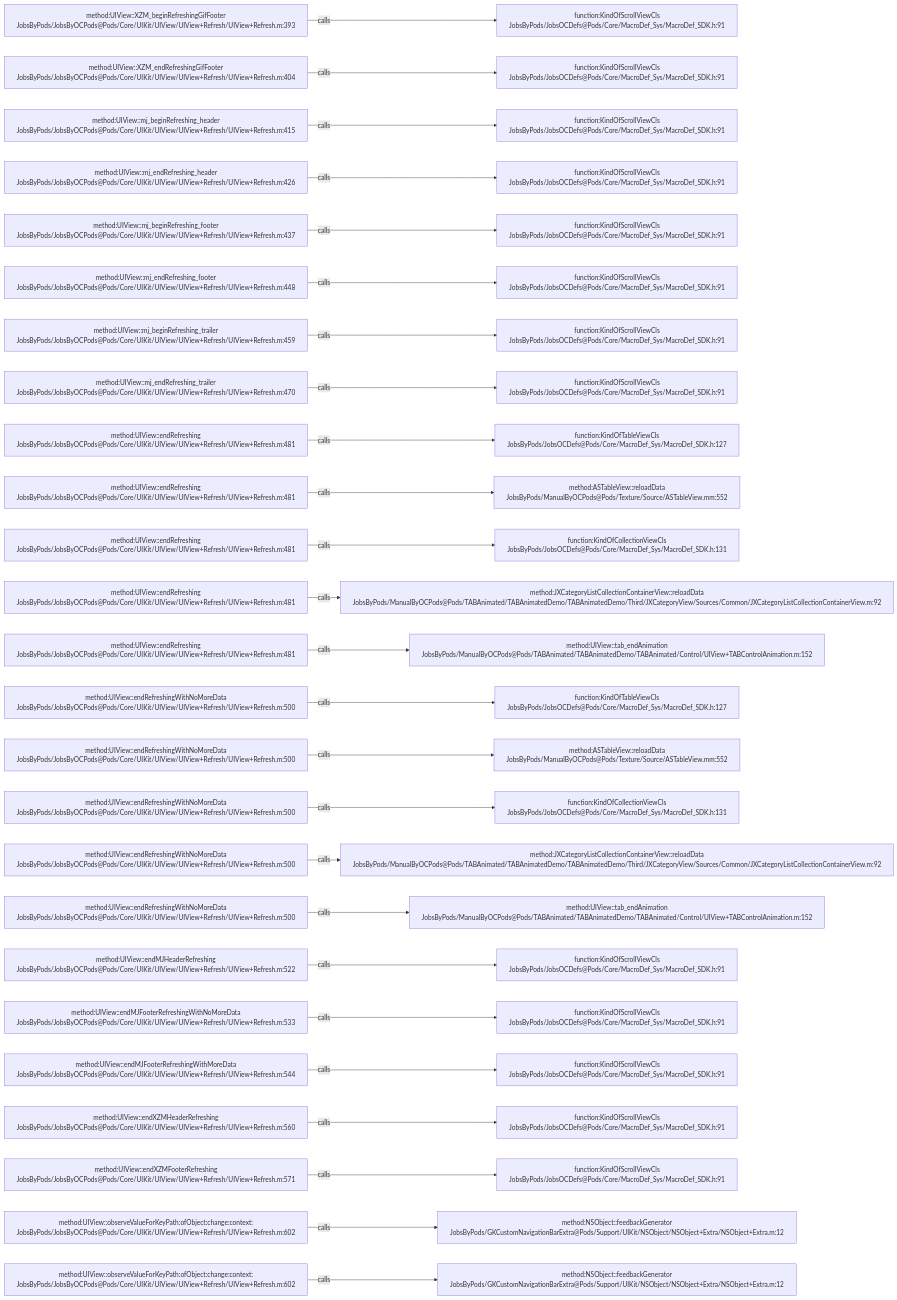
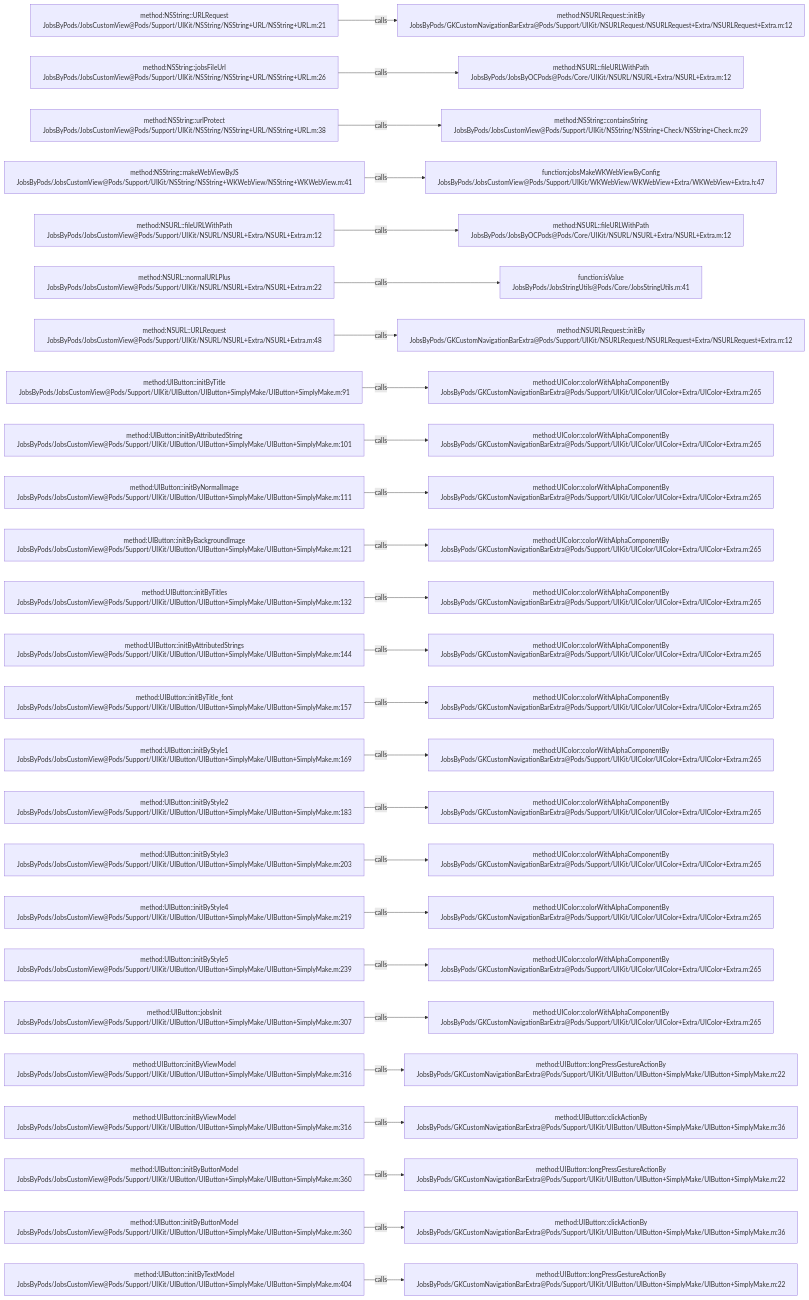
Before and after one commit to JobsKits/JobsOCBaseConfigDemo: the diagram in .codegraph/codegraph.md/graphs/calls-088.md, drawn with Mermaid. The commit also changed 1026 other files, not shown here.

````diff
--- a/.codegraph/codegraph.md/graphs/calls-088.md
+++ b/.codegraph/codegraph.md/graphs/calls-088.md
@@ -13,78 +13,78 @@
 ```mermaid
 flowchart LR
-  S1["method:UIView::XZM_beginRefreshingGifFooter<br/>JobsByPods/JobsByOCPods@Pods/Core/UIKit/UIView/UIView+Refresh/UIView+Refresh.m:393"]
-  T1["function:KindOfScrollViewCls<br/>JobsByPods/JobsOCDefs@Pods/Core/MacroDef_Sys/MacroDef_SDK.h:91"]
+  S1["method:NSString::URLRequest<br/>JobsByPods/JobsCustomView@Pods/Support/UIKit/NSString/NSString+URL/NSString+URL.m:21"]
+  T1["method:NSURLRequest::initBy<br/>JobsByPods/GKCustomNavigationBarExtra@Pods/Support/UIKit/NSURLRequest/NSURLRequest+Extra/NSURLRequest+Extra.m:12"]
   S1 -->|calls| T1
-  S2["method:UIView::XZM_endRefreshingGifFooter<br/>JobsByPods/JobsByOCPods@Pods/Core/UIKit/UIView/UIView+Refresh/UIView+Refresh.m:404"]
-  T2["function:KindOfScrollViewCls<br/>JobsByPods/JobsOCDefs@Pods/Core/MacroDef_Sys/MacroDef_SDK.h:91"]
+  S2["method:NSString::jobsFileUrl<br/>JobsByPods/JobsCustomView@Pods/Support/UIKit/NSString/NSString+URL/NSString+URL.m:26"]
+  T2["method:NSURL::fileURLWithPath<br/>JobsByPods/JobsByOCPods@Pods/Core/UIKit/NSURL/NSURL+Extra/NSURL+Extra.m:12"]
   S2 -->|calls| T2
-  S3["method:UIView::mj_beginRefreshing_header<br/>JobsByPods/JobsByOCPods@Pods/Core/UIKit/UIView/UIView+Refresh/UIView+Refresh.m:415"]
-  T3["function:KindOfScrollViewCls<br/>JobsByPods/JobsOCDefs@Pods/Core/MacroDef_Sys/MacroDef_SDK.h:91"]
+  S3["method:NSString::urlProtect<br/>JobsByPods/JobsCustomView@Pods/Support/UIKit/NSString/NSString+URL/NSString+URL.m:38"]
+  T3["method:NSString::containsString<br/>JobsByPods/JobsCustomView@Pods/Support/UIKit/NSString/NSString+Check/NSString+Check.m:29"]
   S3 -->|calls| T3
-  S4["method:UIView::mj_endRefreshing_header<br/>JobsByPods/JobsByOCPods@Pods/Core/UIKit/UIView/UIView+Refresh/UIView+Refresh.m:426"]
-  T4["function:KindOfScrollViewCls<br/>JobsByPods/JobsOCDefs@Pods/Core/MacroDef_Sys/MacroDef_SDK.h:91"]
+  S4["method:NSString::makeWebViewByJS<br/>JobsByPods/JobsCustomView@Pods/Support/UIKit/NSString/NSString+WKWebView/NSString+WKWebView.m:41"]
+  T4["function:jobsMakeWKWebViewByConfig<br/>JobsByPods/JobsCustomView@Pods/Support/UIKit/WKWebView/WKWebView+Extra/WKWebView+Extra.h:47"]
   S4 -->|calls| T4
-  S5["method:UIView::mj_beginRefreshing_footer<br/>JobsByPods/JobsByOCPods@Pods/Core/UIKit/UIView/UIView+Refresh/UIView+Refresh.m:437"]
-  T5["function:KindOfScrollViewCls<br/>JobsByPods/JobsOCDefs@Pods/Core/MacroDef_Sys/MacroDef_SDK.h:91"]
+  S5["method:NSURL::fileURLWithPath<br/>JobsByPods/JobsCustomView@Pods/Support/UIKit/NSURL/NSURL+Extra/NSURL+Extra.m:12"]
+  T5["method:NSURL::fileURLWithPath<br/>JobsByPods/JobsByOCPods@Pods/Core/UIKit/NSURL/NSURL+Extra/NSURL+Extra.m:12"]
   S5 -->|calls| T5
-  S6["method:UIView::mj_endRefreshing_footer<br/>JobsByPods/JobsByOCPods@Pods/Core/UIKit/UIView/UIView+Refresh/UIView+Refresh.m:448"]
-  T6["function:KindOfScrollViewCls<br/>JobsByPods/JobsOCDefs@Pods/Core/MacroDef_Sys/MacroDef_SDK.h:91"]
+  S6["method:NSURL::normalURLPlus<br/>JobsByPods/JobsCustomView@Pods/Support/UIKit/NSURL/NSURL+Extra/NSURL+Extra.m:22"]
+  T6["function:isValue<br/>JobsByPods/JobsStringUtils@Pods/Core/JobsStringUtils.m:41"]
   S6 -->|calls| T6
-  S7["method:UIView::mj_beginRefreshing_trailer<br/>JobsByPods/JobsByOCPods@Pods/Core/UIKit/UIView/UIView+Refresh/UIView+Refresh.m:459"]
-  T7["function:KindOfScrollViewCls<br/>JobsByPods/JobsOCDefs@Pods/Core/MacroDef_Sys/MacroDef_SDK.h:91"]
+  S7["method:NSURL::URLRequest<br/>JobsByPods/JobsCustomView@Pods/Support/UIKit/NSURL/NSURL+Extra/NSURL+Extra.m:48"]
+  T7["method:NSURLRequest::initBy<br/>JobsByPods/GKCustomNavigationBarExtra@Pods/Support/UIKit/NSURLRequest/NSURLRequest+Extra/NSURLRequest+Extra.m:12"]
   S7 -->|calls| T7
-  S8["method:UIView::mj_endRefreshing_trailer<br/>JobsByPods/JobsByOCPods@Pods/Core/UIKit/UIView/UIView+Refresh/UIView+Refresh.m:470"]
-  T8["function:KindOfScrollViewCls<br/>JobsByPods/JobsOCDefs@Pods/Core/MacroDef_Sys/MacroDef_SDK.h:91"]
+  S8["method:UIButton::initByTitle<br/>JobsByPods/JobsCustomView@Pods/Support/UIKit/UIButton/UIButton+SimplyMake/UIButton+SimplyMake.m:91"]
+  T8["method:UIColor::colorWithAlphaComponentBy<br/>JobsByPods/GKCustomNavigationBarExtra@Pods/Support/UIKit/UIColor/UIColor+Extra/UIColor+Extra.m:265"]
   S8 -->|calls| T8
-  S9["method:UIView::endRefreshing<br/>JobsByPods/JobsByOCPods@Pods/Core/UIKit/UIView/UIView+Refresh/UIView+Refresh.m:481"]
-  T9["function:KindOfTableViewCls<br/>JobsByPods/JobsOCDefs@Pods/Core/MacroDef_Sys/MacroDef_SDK.h:127"]
+  S9["method:UIButton::initByAttributedString<br/>JobsByPods/JobsCustomView@Pods/Support/UIKit/UIButton/UIButton+SimplyMake/UIButton+SimplyMake.m:101"]
+  T9["method:UIColor::colorWithAlphaComponentBy<br/>JobsByPods/GKCustomNavigationBarExtra@Pods/Support/UIKit/UIColor/UIColor+Extra/UIColor+Extra.m:265"]
   S9 -->|calls| T9
-  S10["method:UIView::endRefreshing<br/>JobsByPods/JobsByOCPods@Pods/Core/UIKit/UIView/UIView+Refresh/UIView+Refresh.m:481"]
-  T10["method:ASTableView::reloadData<br/>JobsByPods/ManualByOCPods@Pods/Texture/Source/ASTableView.mm:552"]
+  S10["method:UIButton::initByNormalImage<br/>JobsByPods/JobsCustomView@Pods/Support/UIKit/UIButton/UIButton+SimplyMake/UIButton+SimplyMake.m:111"]
+  T10["method:UIColor::colorWithAlphaComponentBy<br/>JobsByPods/GKCustomNavigationBarExtra@Pods/Support/UIKit/UIColor/UIColor+Extra/UIColor+Extra.m:265"]
   S10 -->|calls| T10
-  S11["method:UIView::endRefreshing<br/>JobsByPods/JobsByOCPods@Pods/Core/UIKit/UIView/UIView+Refresh/UIView+Refresh.m:481"]
-  T11["function:KindOfCollectionViewCls<br/>JobsByPods/JobsOCDefs@Pods/Core/MacroDef_Sys/MacroDef_SDK.h:131"]
+  S11["method:UIButton::initByBackgroundImage<br/>JobsByPods/JobsCustomView@Pods/Support/UIKit/UIButton/UIButton+SimplyMake/UIButton+SimplyMake.m:121"]
+  T11["method:UIColor::colorWithAlphaComponentBy<br/>JobsByPods/GKCustomNavigationBarExtra@Pods/Support/UIKit/UIColor/UIColor+Extra/UIColor+Extra.m:265"]
   S11 -->|calls| T11
-  S12["method:UIView::endRefreshing<br/>JobsByPods/JobsByOCPods@Pods/Core/UIKit/UIView/UIView+Refresh/UIView+Refresh.m:481"]
-  T12["method:JXCategoryListCollectionContainerView::reloadData<br/>JobsByPods/ManualByOCPods@Pods/TABAnimated/TABAnimatedDemo/TABAnimatedDemo/Third/JXCategoryView/Sources/Common/JXCategoryListCollectionContainerView.m:92"]
+  S12["method:UIButton::initByTitles<br/>JobsByPods/JobsCustomView@Pods/Support/UIKit/UIButton/UIButton+SimplyMake/UIButton+SimplyMake.m:132"]
+  T12["method:UIColor::colorWithAlphaComponentBy<br/>JobsByPods/GKCustomNavigationBarExtra@Pods/Support/UIKit/UIColor/UIColor+Extra/UIColor+Extra.m:265"]
   S12 -->|calls| T12
-  S13["method:UIView::endRefreshing<br/>JobsByPods/JobsByOCPods@Pods/Core/UIKit/UIView/UIView+Refresh/UIView+Refresh.m:481"]
-  T13["method:UIView::tab_endAnimation<br/>JobsByPods/ManualByOCPods@Pods/TABAnimated/TABAnimatedDemo/TABAnimated/Control/UIView+TABControlAnimation.m:152"]
+  S13["method:UIButton::initByAttributedStrings<br/>JobsByPods/JobsCustomView@Pods/Support/UIKit/UIButton/UIButton+SimplyMake/UIButton+SimplyMake.m:144"]
+  T13["method:UIColor::colorWithAlphaComponentBy<br/>JobsByPods/GKCustomNavigationBarExtra@Pods/Support/UIKit/UIColor/UIColor+Extra/UIColor+Extra.m:265"]
   S13 -->|calls| T13
-  S14["method:UIView::endRefreshingWithNoMoreData<br/>JobsByPods/JobsByOCPods@Pods/Core/UIKit/UIView/UIView+Refresh/UIView+Refresh.m:500"]
-  T14["function:KindOfTableViewCls<br/>JobsByPods/JobsOCDefs@Pods/Core/MacroDef_Sys/MacroDef_SDK.h:127"]
+  S14["method:UIButton::initByTitle_font<br/>JobsByPods/JobsCustomView@Pods/Support/UIKit/UIButton/UIButton+SimplyMake/UIButton+SimplyMake.m:157"]
+  T14["method:UIColor::colorWithAlphaComponentBy<br/>JobsByPods/GKCustomNavigationBarExtra@Pods/Support/UIKit/UIColor/UIColor+Extra/UIColor+Extra.m:265"]
   S14 -->|calls| T14
-  S15["method:UIView::endRefreshingWithNoMoreData<br/>JobsByPods/JobsByOCPods@Pods/Core/UIKit/UIView/UIView+Refresh/UIView+Refresh.m:500"]
-  T15["method:ASTableView::reloadData<br/>JobsByPods/ManualByOCPods@Pods/Texture/Source/ASTableView.mm:552"]
+  S15["method:UIButton::initByStyle1<br/>JobsByPods/JobsCustomView@Pods/Support/UIKit/UIButton/UIButton+SimplyMake/UIButton+SimplyMake.m:169"]
+  T15["method:UIColor::colorWithAlphaComponentBy<br/>JobsByPods/GKCustomNavigationBarExtra@Pods/Support/UIKit/UIColor/UIColor+Extra/UIColor+Extra.m:265"]
   S15 -->|calls| T15
-  S16["method:UIView::endRefreshingWithNoMoreData<br/>JobsByPods/JobsByOCPods@Pods/Core/UIKit/UIView/UIView+Refresh/UIView+Refresh.m:500"]
-  T16["function:KindOfCollectionViewCls<br/>JobsByPods/JobsOCDefs@Pods/Core/MacroDef_Sys/MacroDef_SDK.h:131"]
+  S16["method:UIButton::initByStyle2<br/>JobsByPods/JobsCustomView@Pods/Support/UIKit/UIButton/UIButton+SimplyMake/UIButton+SimplyMake.m:183"]
+  T16["method:UIColor::colorWithAlphaComponentBy<br/>JobsByPods/GKCustomNavigationBarExtra@Pods/Support/UIKit/UIColor/UIColor+Extra/UIColor+Extra.m:265"]
   S16 -->|calls| T16
-  S17["method:UIView::endRefreshingWithNoMoreData<br/>JobsByPods/JobsByOCPods@Pods/Core/UIKit/UIView/UIView+Refresh/UIView+Refresh.m:500"]
-  T17["method:JXCategoryListCollectionContainerView::reloadData<br/>JobsByPods/ManualByOCPods@Pods/TABAnimated/TABAnimatedDemo/TABAnimatedDemo/Third/JXCategoryView/Sources/Common/JXCategoryListCollectionContainerView.m:92"]
+  S17["method:UIButton::initByStyle3<br/>JobsByPods/JobsCustomView@Pods/Support/UIKit/UIButton/UIButton+SimplyMake/UIButton+SimplyMake.m:203"]
+  T17["method:UIColor::colorWithAlphaComponentBy<br/>JobsByPods/GKCustomNavigationBarExtra@Pods/Support/UIKit/UIColor/UIColor+Extra/UIColor+Extra.m:265"]
   S17 -->|calls| T17
-  S18["method:UIView::endRefreshingWithNoMoreData<br/>JobsByPods/JobsByOCPods@Pods/Core/UIKit/UIView/UIView+Refresh/UIView+Refresh.m:500"]
-  T18["method:UIView::tab_endAnimation<br/>JobsByPods/ManualByOCPods@Pods/TABAnimated/TABAnimatedDemo/TABAnimated/Control/UIView+TABControlAnimation.m:152"]
+  S18["method:UIButton::initByStyle4<br/>JobsByPods/JobsCustomView@Pods/Support/UIKit/UIButton/UIButton+SimplyMake/UIButton+SimplyMake.m:219"]
+  T18["method:UIColor::colorWithAlphaComponentBy<br/>JobsByPods/GKCustomNavigationBarExtra@Pods/Support/UIKit/UIColor/UIColor+Extra/UIColor+Extra.m:265"]
   S18 -->|calls| T18
-  S19["method:UIView::endMJHeaderRefreshing<br/>JobsByPods/JobsByOCPods@Pods/Core/UIKit/UIView/UIView+Refresh/UIView+Refresh.m:522"]
-  T19["function:KindOfScrollViewCls<br/>JobsByPods/JobsOCDefs@Pods/Core/MacroDef_Sys/MacroDef_SDK.h:91"]
+  S19["method:UIButton::initByStyle5<br/>JobsByPods/JobsCustomView@Pods/Support/UIKit/UIButton/UIButton+SimplyMake/UIButton+SimplyMake.m:239"]
+  T19["method:UIColor::colorWithAlphaComponentBy<br/>JobsByPods/GKCustomNavigationBarExtra@Pods/Support/UIKit/UIColor/UIColor+Extra/UIColor+Extra.m:265"]
   S19 -->|calls| T19
-  S20["method:UIView::endMJFooterRefreshingWithNoMoreData<br/>JobsByPods/JobsByOCPods@Pods/Core/UIKit/UIView/UIView+Refresh/UIView+Refresh.m:533"]
-  T20["function:KindOfScrollViewCls<br/>JobsByPods/JobsOCDefs@Pods/Core/MacroDef_Sys/MacroDef_SDK.h:91"]
+  S20["method:UIButton::jobsInit<br/>JobsByPods/JobsCustomView@Pods/Support/UIKit/UIButton/UIButton+SimplyMake/UIButton+SimplyMake.m:307"]
+  T20["method:UIColor::colorWithAlphaComponentBy<br/>JobsByPods/GKCustomNavigationBarExtra@Pods/Support/UIKit/UIColor/UIColor+Extra/UIColor+Extra.m:265"]
   S20 -->|calls| T20
-  S21["method:UIView::endMJFooterRefreshingWithMoreData<br/>JobsByPods/JobsByOCPods@Pods/Core/UIKit/UIView/UIView+Refresh/UIView+Refresh.m:544"]
-  T21["function:KindOfScrollViewCls<br/>JobsByPods/JobsOCDefs@Pods/Core/MacroDef_Sys/MacroDef_SDK.h:91"]
+  S21["method:UIButton::initByViewModel<br/>JobsByPods/JobsCustomView@Pods/Support/UIKit/UIButton/UIButton+SimplyMake/UIButton+SimplyMake.m:316"]
+  T21["method:UIButton::longPressGestureActionBy<br/>JobsByPods/GKCustomNavigationBarExtra@Pods/Support/UIKit/UIButton/UIButton+SimplyMake/UIButton+SimplyMake.m:22"]
   S21 -->|calls| T21
-  S22["method:UIView::endXZMHeaderRefreshing<br/>JobsByPods/JobsByOCPods@Pods/Core/UIKit/UIView/UIView+Refresh/UIView+Refresh.m:560"]
-  T22["function:KindOfScrollViewCls<br/>JobsByPods/JobsOCDefs@Pods/Core/MacroDef_Sys/MacroDef_SDK.h:91"]
+  S22["method:UIButton::initByViewModel<br/>JobsByPods/JobsCustomView@Pods/Support/UIKit/UIButton/UIButton+SimplyMake/UIButton+SimplyMake.m:316"]
+  T22["method:UIButton::clickActionBy<br/>JobsByPods/GKCustomNavigationBarExtra@Pods/Support/UIKit/UIButton/UIButton+SimplyMake/UIButton+SimplyMake.m:36"]
   S22 -->|calls| T22
-  S23["method:UIView::endXZMFooterRefreshing<br/>JobsByPods/JobsByOCPods@Pods/Core/UIKit/UIView/UIView+Refresh/UIView+Refresh.m:571"]
-  T23["function:KindOfScrollViewCls<br/>JobsByPods/JobsOCDefs@Pods/Core/MacroDef_Sys/MacroDef_SDK.h:91"]
+  S23["method:UIButton::initByButtonModel<br/>JobsByPods/JobsCustomView@Pods/Support/UIKit/UIButton/UIButton+SimplyMake/UIButton+SimplyMake.m:360"]
+  T23["method:UIButton::longPressGestureActionBy<br/>JobsByPods/GKCustomNavigationBarExtra@Pods/Support/UIKit/UIButton/UIButton+SimplyMake/UIButton+SimplyMake.m:22"]
   S23 -->|calls| T23
-  S24["method:UIView::observeValueForKeyPath:ofObject:change:context:<br/>JobsByPods/JobsByOCPods@Pods/Core/UIKit/UIView/UIView+Refresh/UIView+Refresh.m:602"]
-  T24["method:NSObject::feedbackGenerator<br/>JobsByPods/GKCustomNavigationBarExtra@Pods/Support/UIKit/NSObject/NSObject+Extra/NSObject+Extra.m:12"]
+  S24["method:UIButton::initByButtonModel<br/>JobsByPods/JobsCustomView@Pods/Support/UIKit/UIButton/UIButton+SimplyMake/UIButton+SimplyMake.m:360"]
+  T24["method:UIButton::clickActionBy<br/>JobsByPods/GKCustomNavigationBarExtra@Pods/Support/UIKit/UIButton/UIButton+SimplyMake/UIButton+SimplyMake.m:36"]
   S24 -->|calls| T24
-  S25["method:UIView::observeValueForKeyPath:ofObject:change:context:<br/>JobsByPods/JobsByOCPods@Pods/Core/UIKit/UIView/UIView+Refresh/UIView+Refresh.m:602"]
-  T25["method:NSObject::feedbackGenerator<br/>JobsByPods/GKCustomNavigationBarExtra@Pods/Support/UIKit/NSObject/NSObject+Extra/NSObject+Extra.m:12"]
+  S25["method:UIButton::initByTextModel<br/>JobsByPods/JobsCustomView@Pods/Support/UIKit/UIButton/UIButton+SimplyMake/UIButton+SimplyMake.m:404"]
+  T25["method:UIButton::longPressGestureActionBy<br/>JobsByPods/GKCustomNavigationBarExtra@Pods/Support/UIKit/UIButton/UIButton+SimplyMake/UIButton+SimplyMake.m:22"]
   S25 -->|calls| T25
 ```
````
